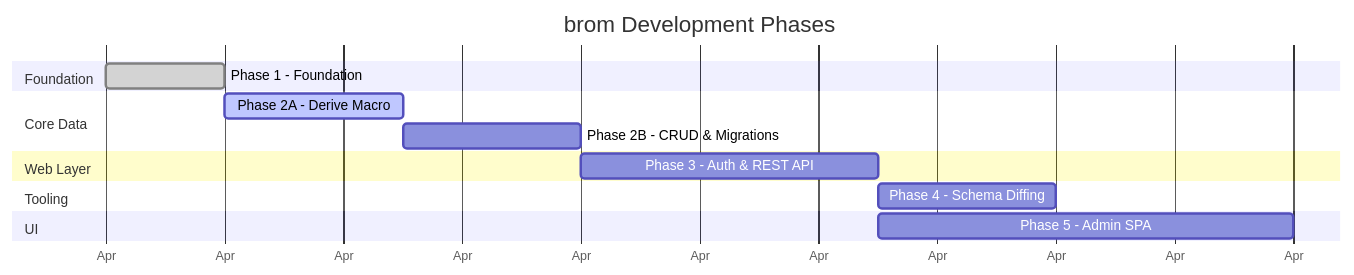
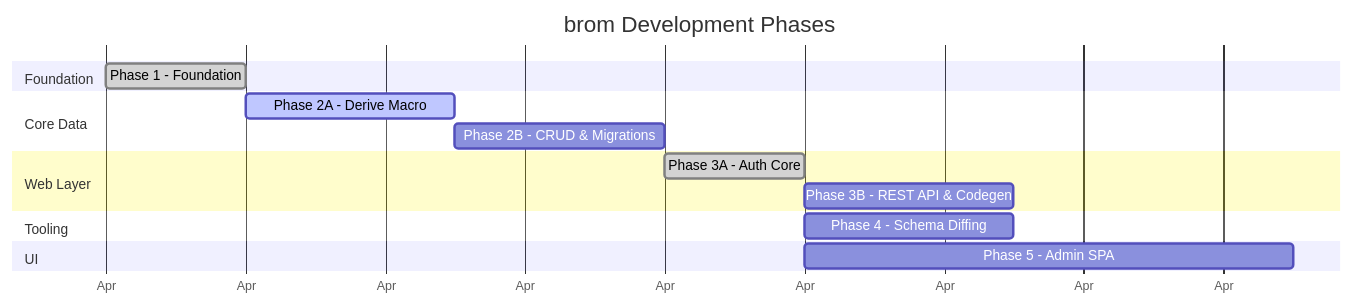
Before and after one commit to wends155/brom: the first of 2 diagrams in roadmap.md, drawn with Mermaid. The commit also changed other lines of this file and 1 other file, not shown here.

Commit message:
docs: formally split Phase 3 into 3A and 3B in roadmap

````diff
--- a/roadmap.md
+++ b/roadmap.md
@@ -34,22 +34,23 @@
 ```mermaid
 gantt
     title brom Development Phases
     dateFormat YYYY-MM-DD
     axisFormat %b
 
     section Foundation
     Phase 1 - Foundation           :done, p1, 2026-04-01, 2d
 
     section Core Data
     Phase 2A - Derive Macro        :active, p2a, after p1, 3d
     Phase 2B - CRUD & Migrations   :p2b, after p2a, 3d
 
     section Web Layer
-    Phase 3 - Auth & REST API      :p3, after p2b, 5d
+    Phase 3A - Auth Core           :done, p3a, after p2b, 2d
+    Phase 3B - REST API & Codegen  :p3b, after p3a, 3d
 
     section Tooling
     Phase 4 - Schema Diffing       :p4, after p3, 3d
 
     section UI
     Phase 5 - Admin SPA            :p5, after p3, 7d
 ```
````
